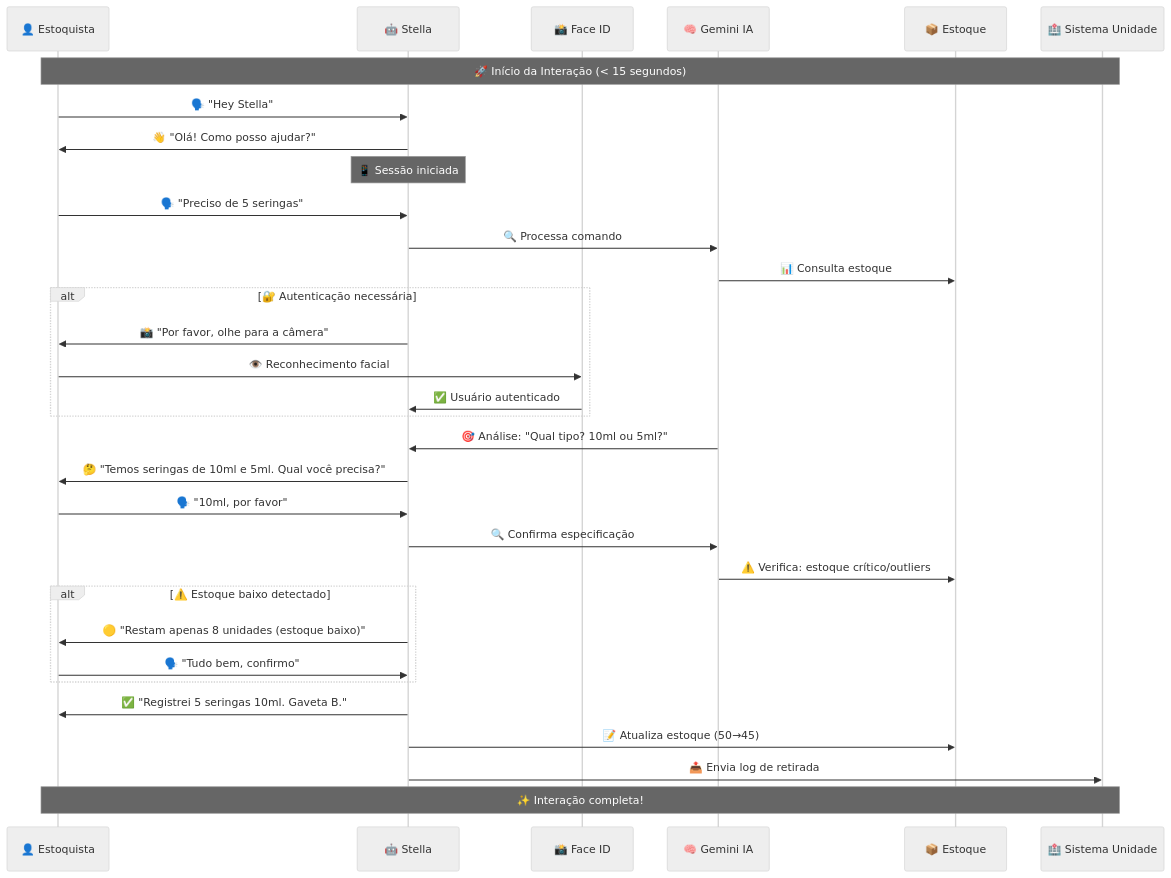
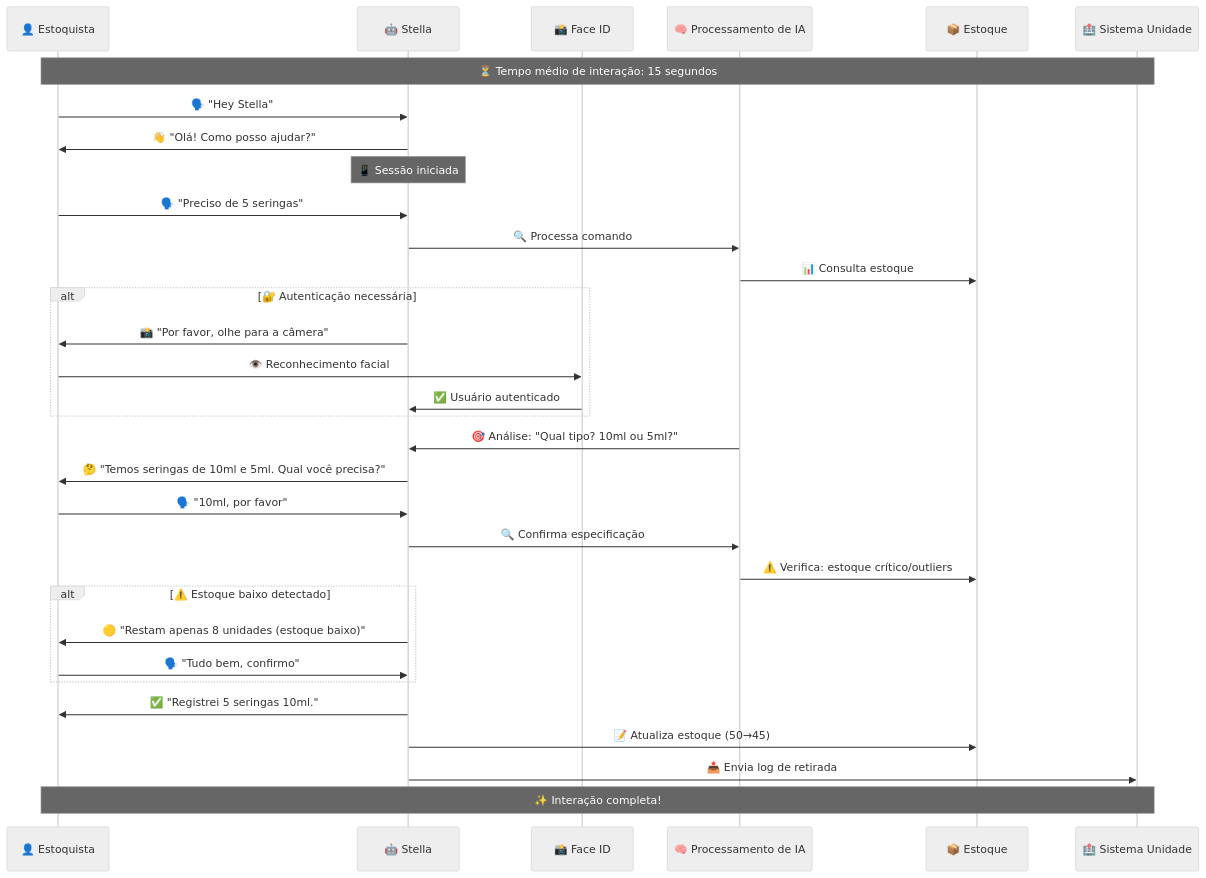
Before and after one commit to peguidotte/stella-agent: the first of 3 diagrams in README.md, drawn with Mermaid (neutral theme). The commit also changed other lines of this file, not shown here.

````diff
--- a/README.md
+++ b/README.md
@@ -13,44 +13,44 @@
 ```mermaid
 sequenceDiagram
     participant E as 👤 Estoquista
     participant S as 🤖 Stella
     participant F as 📸 Face ID
-    participant AI as 🧠 Gemini IA
+    participant AI as 🧠 Processamento de IA
     participant DB as 📦 Estoque
     participant U as 🏥 Sistema Unidade
 
-    Note over E,U: 🚀 Início da Interação (< 15 segundos)
+    Note over E,U: ⏳ Tempo médio de interação: 15 segundos
     
     E->>S: 🗣️ "Hey Stella"
     S->>E: 👋 "Olá! Como posso ajudar?"
     
     Note over S: 📱 Sessão iniciada
     
     E->>S: 🗣️ "Preciso de 5 seringas"
     S->>AI: 🔍 Processa comando
     AI->>DB: 📊 Consulta estoque
     
     alt 🔐 Autenticação necessária
         S->>E: 📸 "Por favor, olhe para a câmera"
         E->>F: 👁️ Reconhecimento facial
         F->>S: ✅ Usuário autenticado
     end
     
     AI->>S: 🎯 Análise: "Qual tipo? 10ml ou 5ml?"
     S->>E: 🤔 "Temos seringas de 10ml e 5ml. Qual você precisa?"
     
     E->>S: 🗣️ "10ml, por favor"
     S->>AI: 🔍 Confirma especificação
     AI->>DB: ⚠️ Verifica: estoque crítico/outliers
     
     alt ⚠️ Estoque baixo detectado
         S->>E: 🟡 "Restam apenas 8 unidades (estoque baixo)"
         E->>S: 🗣️ "Tudo bem, confirmo"
     end
     
-    S->>E: ✅ "Registrei 5 seringas 10ml. Gaveta B."
+    S->>E: ✅ "Registrei 5 seringas 10ml."
     S->>DB: 📝 Atualiza estoque (50→45)
     S->>U: 📤 Envia log de retirada
     
     Note over E,U: ✨ Interação completa!
 ```
````
